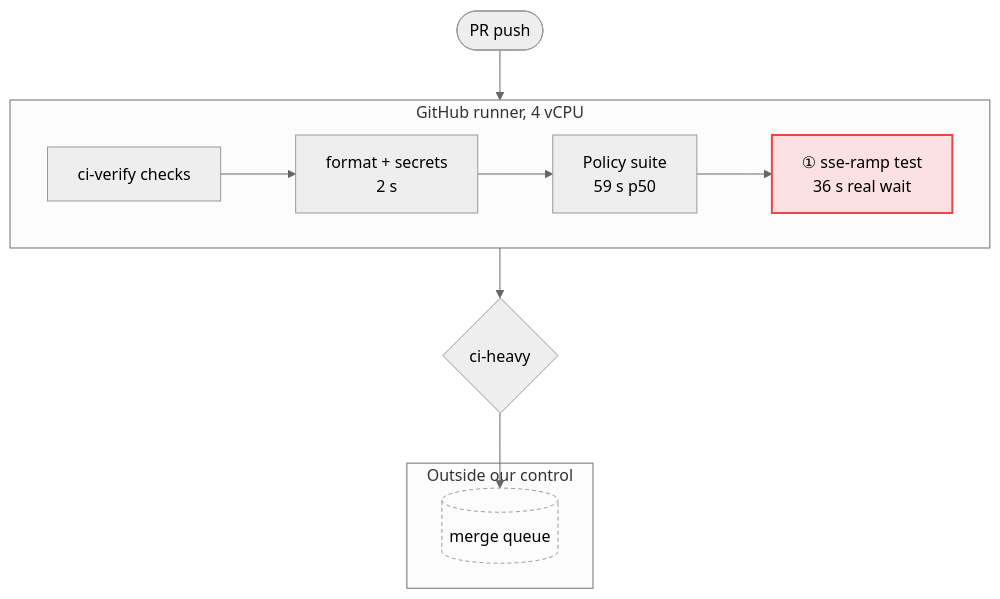
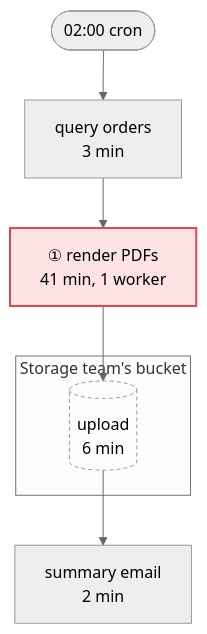
One commit to aglowinthefield/skills changed the first of 4 diagrams in skills/vault-writing/references/example.md. Above: the diagram before and after it, drawn with Mermaid (neutral theme). The commit also changed other lines of this file and 2 other files, not shown here.

````diff
--- a/skills/vault-writing/references/example.md
+++ b/skills/vault-writing/references/example.md
@@ -24,17 +11,12 @@
 ```mermaid
 flowchart TB
-  dev([PR push]) --> gh
-  subgraph gh["GitHub runner, 4 vCPU"]
-    direction LR
-    gate[ci-verify checks] --> fmt[format + secrets<br/>2 s]
-    fmt --> pol[Policy suite<br/>59 s p50]
-    pol --> sse["① sse-ramp test<br/>36 s real wait"]:::bad
+  cron([02:00 cron]) --> q[query orders<br/>3 min]
+  q --> r["① render PDFs<br/>41 min, 1 worker"]:::bad
+  r --> up
+  subgraph other["Storage team's bucket"]
+    up[(upload<br/>6 min)]:::ext
   end
-  subgraph ext["Outside our control"]
-    q[(merge queue)]:::ext
-  end
-  gh --> heavy{ci-heavy}
-  heavy --> q
+  up --> mail[summary email<br/>2 min]
   classDef bad fill:#ef444426,stroke:#ef4444,stroke-width:2px
   classDef ext fill:transparent,stroke-dasharray:4 3
 ```
````
